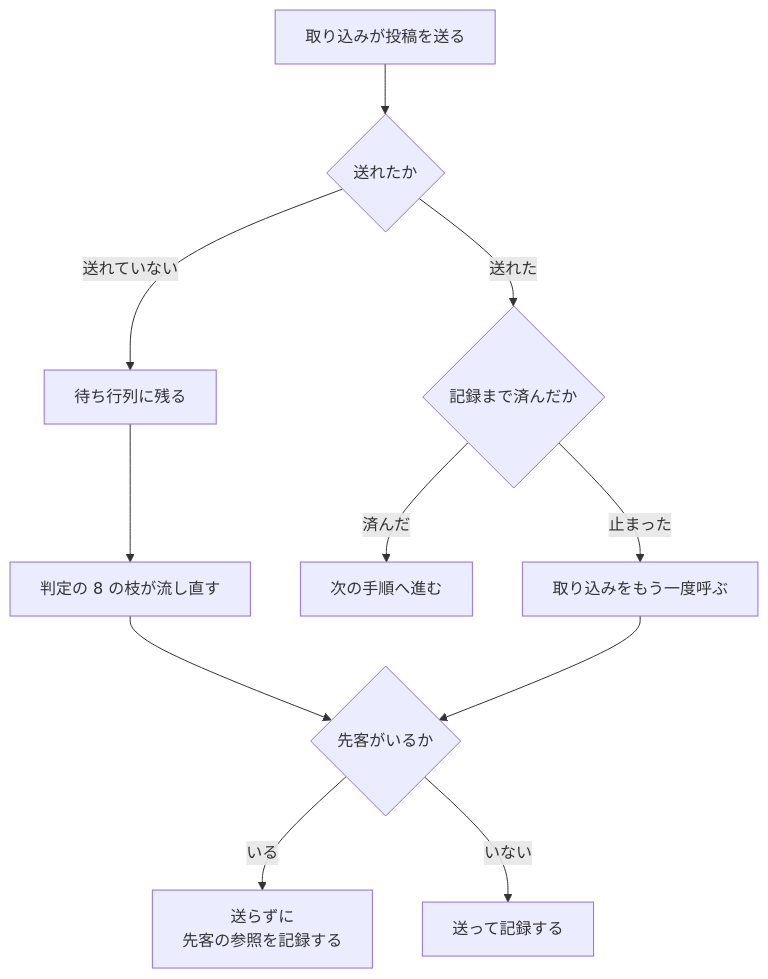
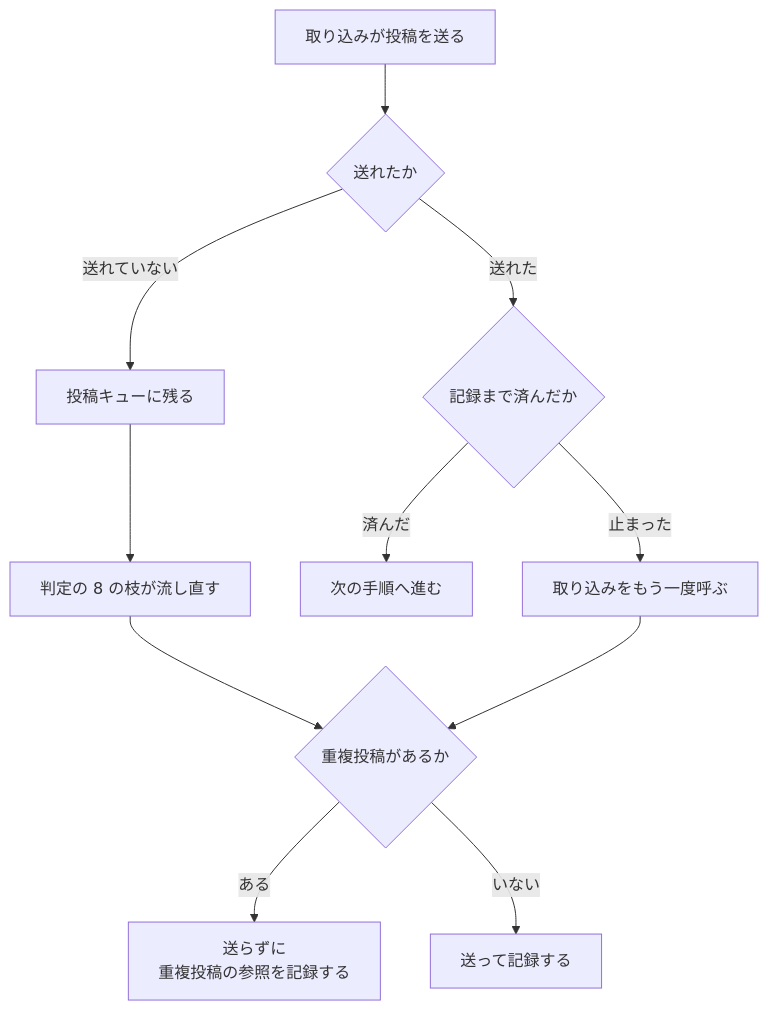
Before and after one commit to devbasex/ai-plugins: the second of 2 diagrams in docs/specifications/cross-review-writes-to-conductor.md, drawn with Mermaid. The commit also changed other lines of this file and 2 other files, not shown here.

````diff
--- a/docs/specifications/cross-review-writes-to-conductor.md
+++ b/docs/specifications/cross-review-writes-to-conductor.md
@@ -303,13 +303,13 @@
 ```mermaid
 graph TD
     A[取り込みが投稿を送る] --> B{送れたか}
-    B -->|送れていない| D[待ち行列に残る]
+    B -->|送れていない| D[投稿キューに残る]
     D --> E[判定の 8 の枝が流し直す]
     B -->|送れた| C{記録まで済んだか}
     C -->|済んだ| J[次の手順へ進む]
     C -->|止まった| K[取り込みをもう一度呼ぶ]
-    E --> F{先客がいるか}
+    E --> F{重複投稿があるか}
     K --> F
-    F -->|いる| G[送らずに<br/>先客の参照を記録する]
+    F -->|ある| G[送らずに<br/>重複投稿の参照を記録する]
     F -->|いない| H[送って記録する]
 ```
````
